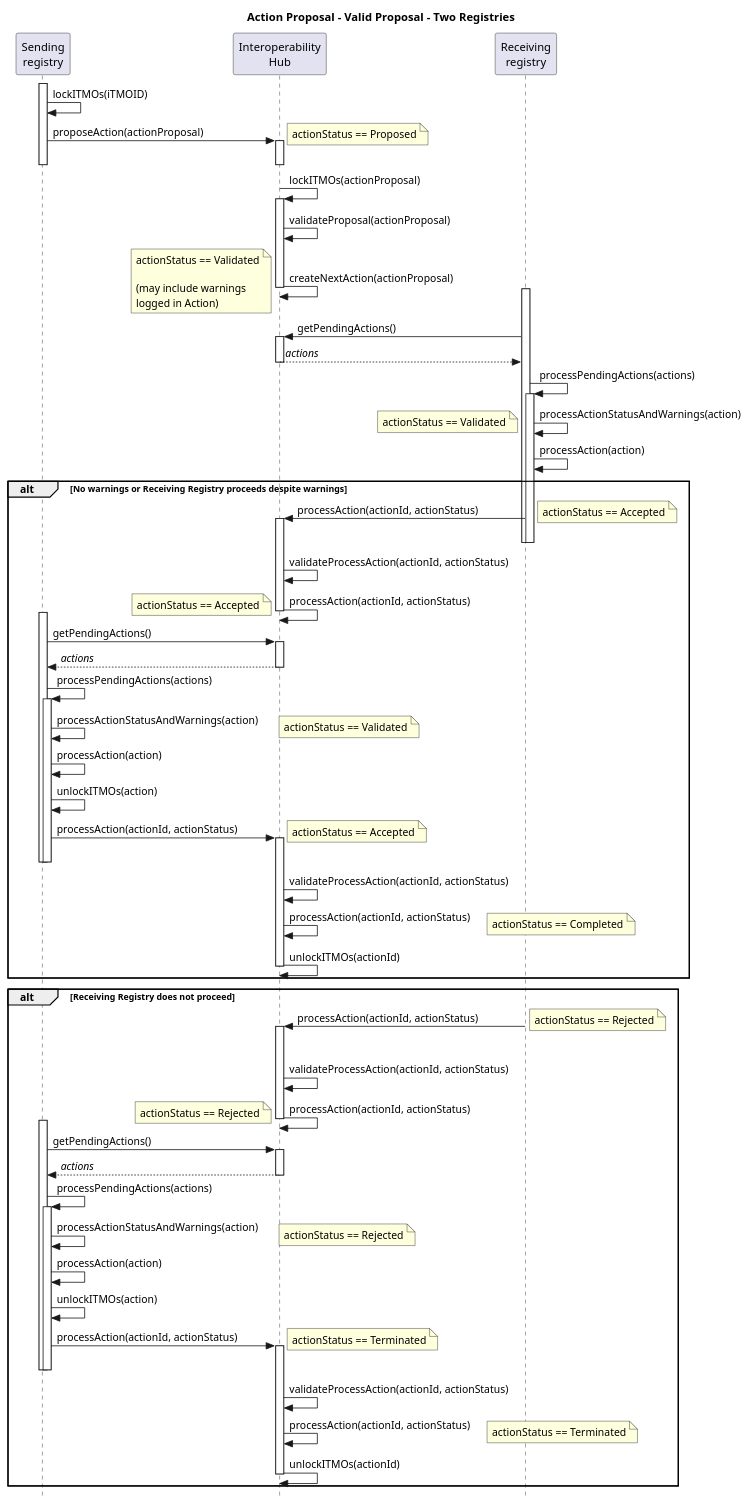
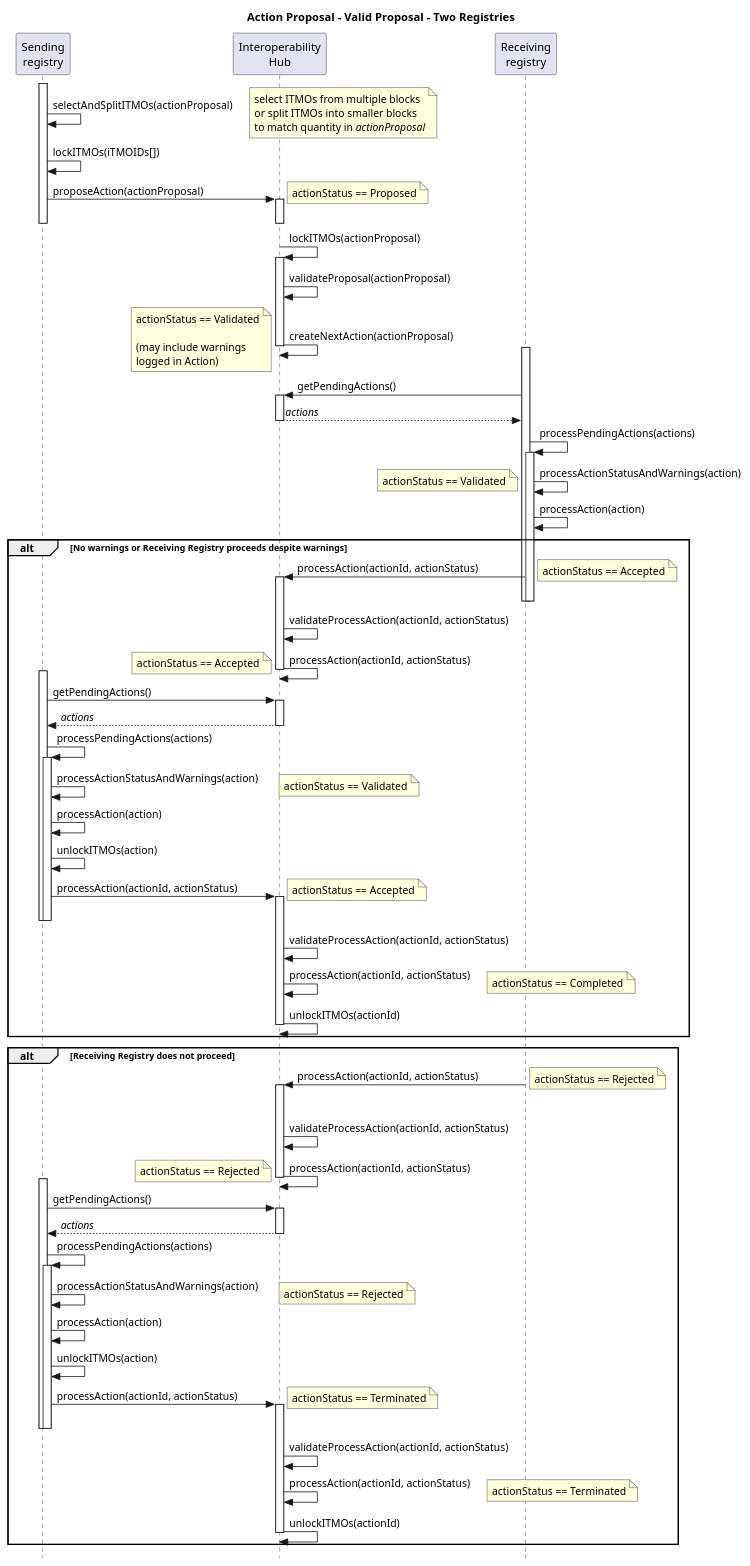
One commit to frankcnng/CARP changed the diagram in diagrams/actionProposal_Valid_TwoReg_Sequence.puml. Above: the diagram before and after it, drawn with PlantUML.

```diff
--- a/diagrams/actionProposal_Valid_TwoReg_Sequence.puml
+++ b/diagrams/actionProposal_Valid_TwoReg_Sequence.puml
@@ -1,105 +1,108 @@
 @startuml actionProposal_Valid_TwoReg_Sequence
 
 title Action Proposal - Valid Proposal - Two Registries
 
 skinparam style strictuml
 
 participant "Sending\nregistry" as Sender
 participant "Interoperability\nHub" as Hub
 participant "Receiving\nregistry" as Receiver
 
 activate Sender
-Sender -> Sender: lockITMOs(iTMOID)
+Sender -> Sender: selectAndSplitITMOs(actionProposal)
+note right: select ITMOs from multiple blocks\nor split ITMOs into smaller blocks\nto match quantity in //actionProposal//
+
+Sender -> Sender: lockITMOs(iTMOIDs[])
 Sender -> Hub++ : proposeAction(actionProposal)
 note right: actionStatus == Proposed
 deactivate Hub
 deactivate Sender
 
 Hub -> Hub++: lockITMOs(actionProposal)
 Hub -> Hub: validateProposal(actionProposal)
 Hub -> Hub--: createNextAction(actionProposal)
 note left: actionStatus == Validated\n\n(may include warnings\nlogged in Action)
 
 activate Receiver
 Receiver -> Hub++: getPendingActions()
 Receiver <-- Hub: //actions//
 deactivate Hub
 
 Receiver -> Receiver: processPendingActions(actions)
 activate Receiver
 Receiver -> Receiver: processActionStatusAndWarnings(action)
 note left: actionStatus == Validated
 Receiver -> Receiver: processAction(action)
 
 alt No warnings or Receiving Registry proceeds despite warnings
 
   Receiver -> Hub++: processAction(actionId, actionStatus)
   deactivate Receiver
   deactivate Receiver
   note right: actionStatus == Accepted
   Hub -> Hub: validateProcessAction(actionId, actionStatus)
   Hub -> Hub: processAction(actionId, actionStatus)
   note left: actionStatus == Accepted
   deactivate Hub
 
   activate Sender
   Sender -> Hub++ : getPendingActions()
   Sender <-- Hub : //actions//
   deactivate Hub
   
   Sender -> Sender: processPendingActions(actions)
   activate Sender
   Sender -> Sender: processActionStatusAndWarnings(action)
   note right: actionStatus == Validated
   Sender -> Sender: processAction(action)
   Sender -> Sender: unlockITMOs(action)
 
   Sender -> Hub++: processAction(actionId, actionStatus)
   note right: actionStatus == Accepted
   deactivate Sender
   deactivate Sender
   Hub -> Hub: validateProcessAction(actionId, actionStatus)
   Hub -> Hub: processAction(actionId, actionStatus)
   note right: actionStatus == Completed
   Hub -> Hub--: unlockITMOs(actionId)
 
 end
 
 alt Receiving Registry does not proceed
 
   activate Receiver
   activate Receiver
   Receiver -> Hub++: processAction(actionId, actionStatus)
   note right: actionStatus == Rejected
   deactivate Receiver
   deactivate Receiver
   Hub -> Hub: validateProcessAction(actionId, actionStatus)
   Hub -> Hub: processAction(actionId, actionStatus)
   note left: actionStatus == Rejected
   deactivate Hub
 
   activate Sender
   Sender -> Hub++ : getPendingActions()
   Sender <-- Hub: //actions//
   deactivate Hub
   
   Sender -> Sender: processPendingActions(actions)
   activate Sender
   Sender -> Sender: processActionStatusAndWarnings(action)
   note right: actionStatus == Rejected
 
   Sender -> Sender: processAction(action)
   Sender -> Sender: unlockITMOs(action)
 
   Sender -> Hub++: processAction(actionId, actionStatus)
   note right: actionStatus == Terminated
   deactivate Sender
   deactivate Sender
   Hub -> Hub: validateProcessAction(actionId, actionStatus)
   Hub -> Hub: processAction(actionId, actionStatus)
   note right: actionStatus == Terminated
   Hub -> Hub--: unlockITMOs(actionId)
 
 end
 
 @enduml
```
